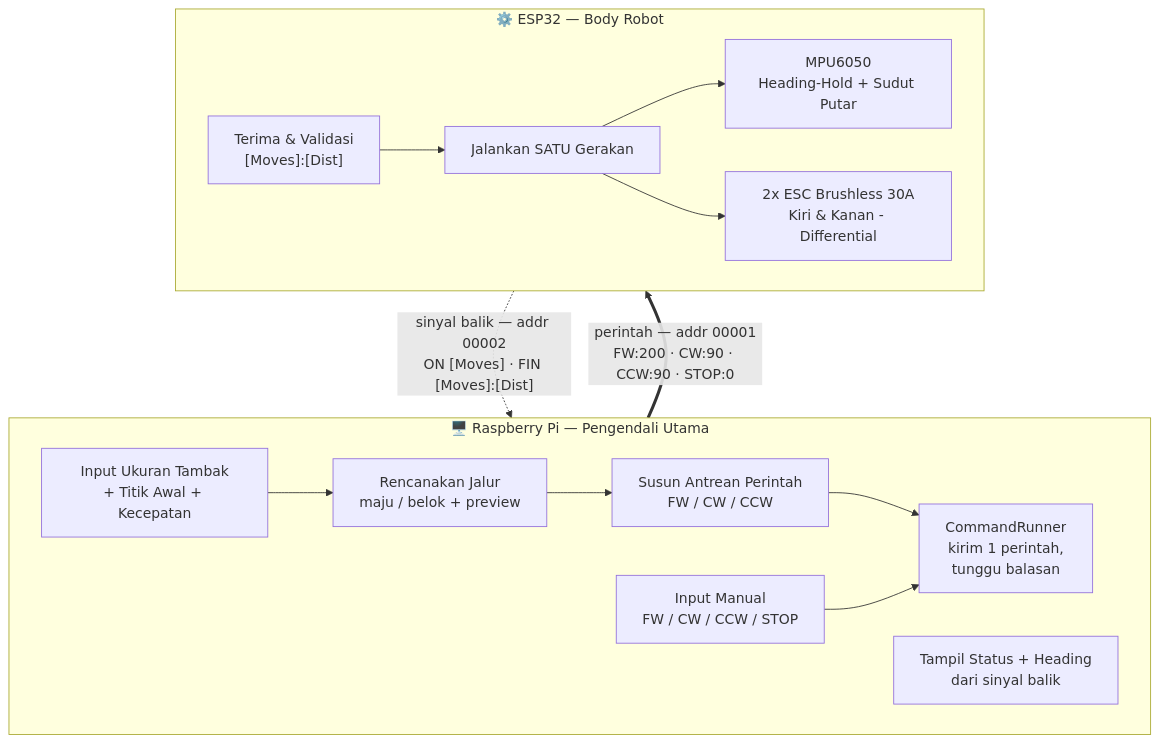
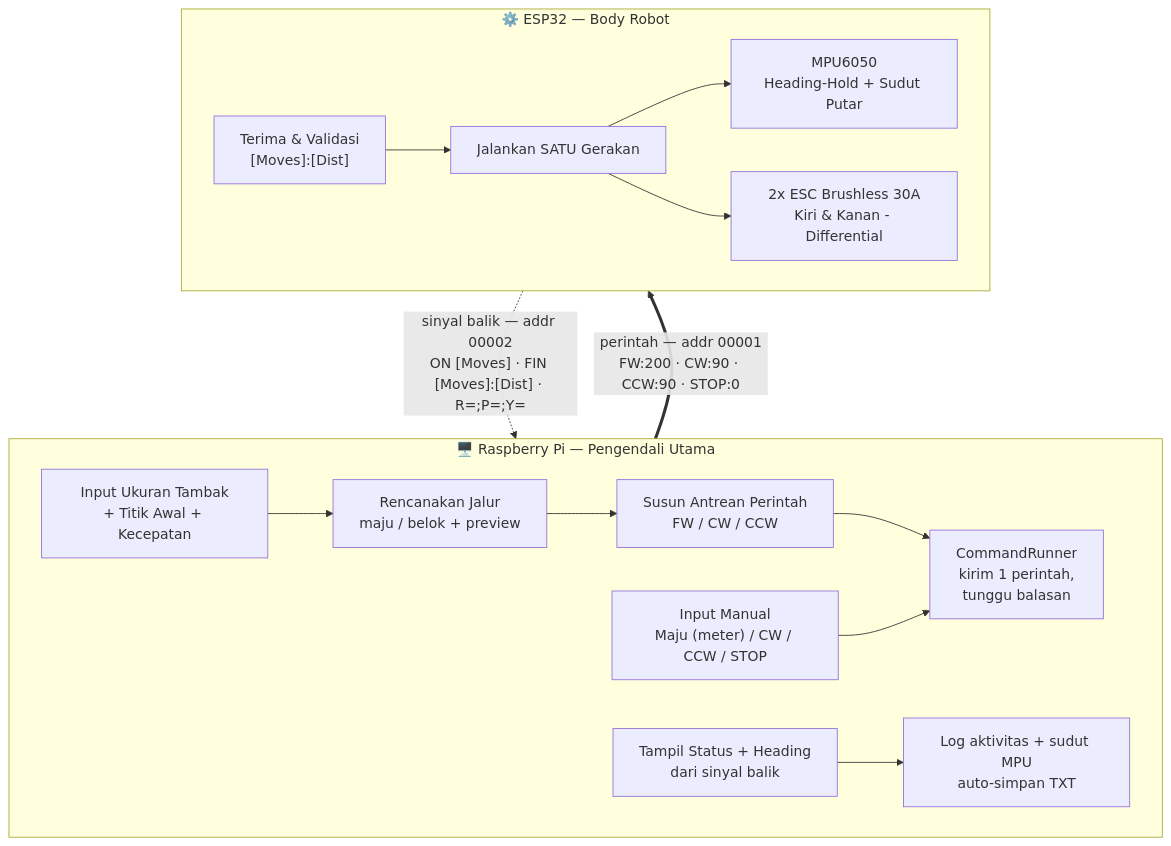
Before and after one commit to Xhorn7/Skripsi-PENGEMBANGAN-ROBOT-AKUATIK-UNTUK-FEEDER-OTOMATIS-DI-TAMBAK: the first of 9 diagrams in flowchart.md, drawn with Mermaid. The commit also changed other lines of this file and 24 other files, not shown here.

````diff
--- a/flowchart.md
+++ b/flowchart.md
@@ -13,21 +13,22 @@
 ```mermaid
 flowchart TB
     subgraph RPi["🖥️ Raspberry Pi — Pengendali Utama"]
         direction LR
         A["Input Ukuran Tambak<br/>+ Titik Awal + Kecepatan"] --> P["Rencanakan Jalur<br/>maju / belok + preview"]
         P --> Q["Susun Antrean Perintah<br/>FW / CW / CCW"]
         Q --> R["CommandRunner<br/>kirim 1 perintah,<br/>tunggu balasan"]
-        M["Input Manual<br/>FW / CW / CCW / STOP"] --> R
+        M["Input Manual<br/>Maju (meter) / CW / CCW / STOP"] --> R
         T["Tampil Status + Heading<br/>dari sinyal balik"]
+        T --> L["Log aktivitas + sudut MPU<br/>auto-simpan TXT"]
     end
 
     subgraph ESP32["⚙️ ESP32 — Body Robot"]
         direction LR
         C["Terima & Validasi<br/>[Moves]:[Dist]"] --> D["Jalankan SATU Gerakan"]
         D --> E["MPU6050<br/>Heading-Hold + Sudut Putar"]
         D --> F["2x ESC Brushless 30A<br/>Kiri & Kanan - Differential"]
     end
 
     R == "perintah — addr 00001<br/>FW:200 · CW:90 · CCW:90 · STOP:0" ==> C
-    D -. "sinyal balik — addr 00002<br/>ON [Moves] · FIN [Moves]:[Dist]" .-> T
+    D -. "sinyal balik — addr 00002<br/>ON [Moves] · FIN [Moves]:[Dist] · R=;P=;Y=" .-> T
 ```
````
